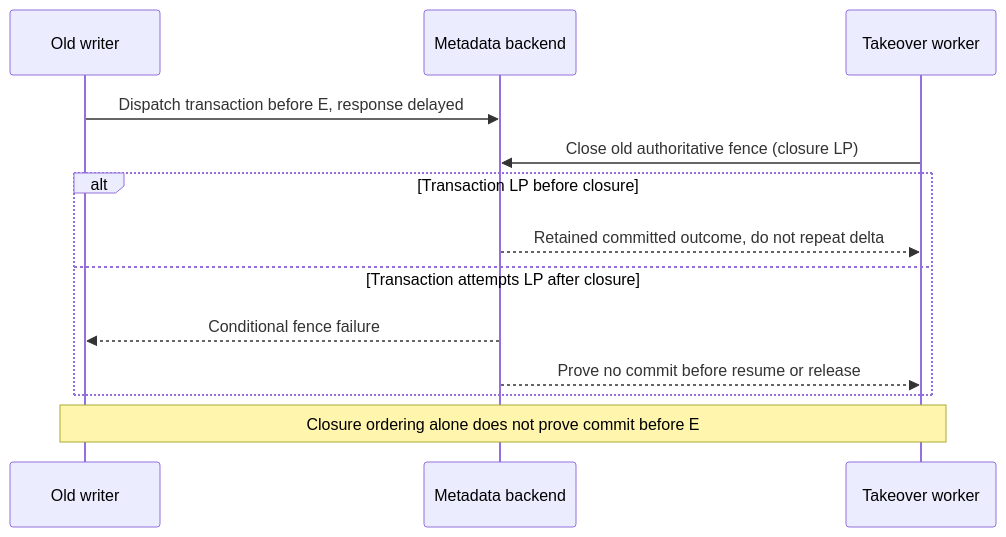
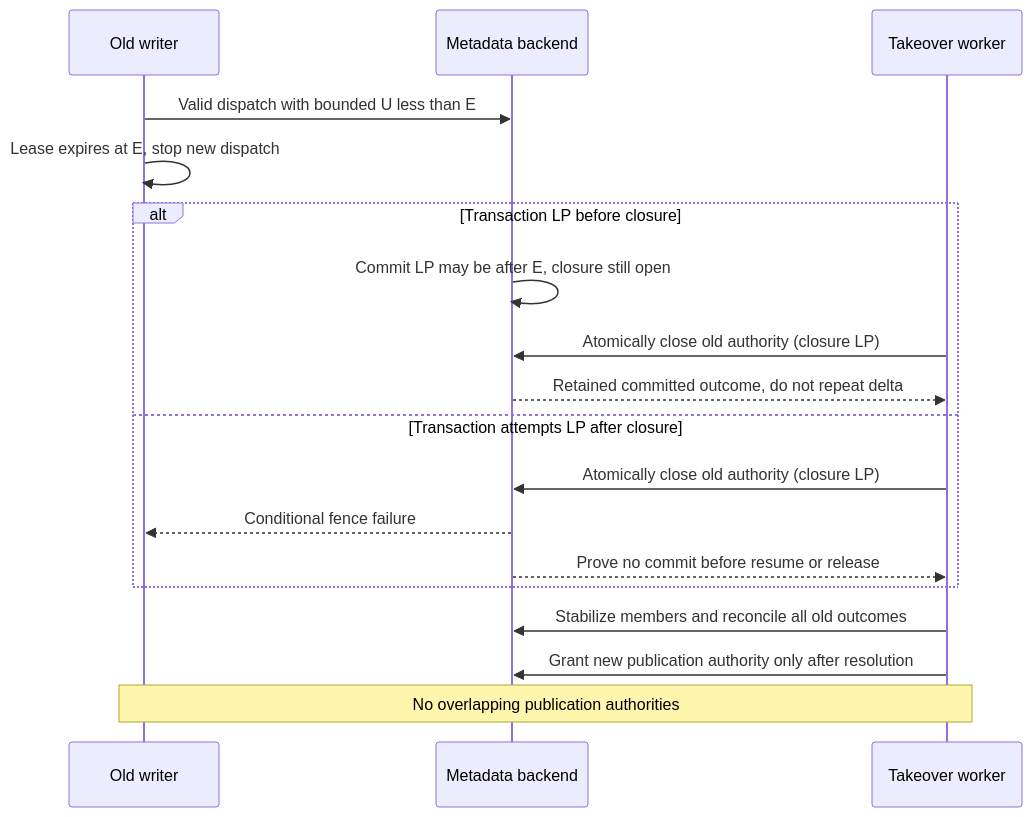
Before and after one commit to KinasTomes/miles: the seventh of 9 diagrams in docs/contracts/r1-and-cache.md, drawn with Mermaid. The commit also changed other lines of this file and 2 other files, not shown here.

````diff
--- a/docs/contracts/r1-and-cache.md
+++ b/docs/contracts/r1-and-cache.md
@@ -320,15 +332,20 @@
 ```mermaid
 sequenceDiagram
     participant O as Old writer
     participant M as Metadata backend
     participant N as Takeover worker
-    O->>M: Dispatch transaction before E, response delayed
-    N->>M: Close old authoritative fence (closure LP)
+    O->>M: Valid dispatch with bounded U less than E
+    O->>O: Lease expires at E, stop new dispatch
     alt Transaction LP before closure
+        M->>M: Commit LP may be after E, closure still open
+        N->>M: Atomically close old authority (closure LP)
         M-->>N: Retained committed outcome, do not repeat delta
     else Transaction attempts LP after closure
+        N->>M: Atomically close old authority (closure LP)
         M-->>O: Conditional fence failure
         M-->>N: Prove no commit before resume or release
     end
-    Note over O,N: Closure ordering alone does not prove commit before E
+    N->>M: Stabilize members and reconcile all old outcomes
+    N->>M: Grant new publication authority only after resolution
+    Note over O,N: No overlapping publication authorities
 ```
````
